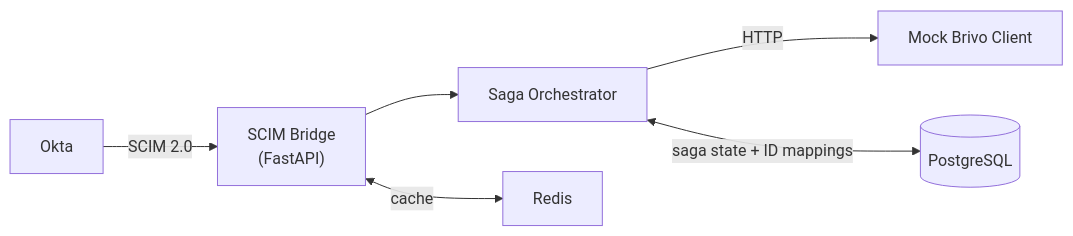
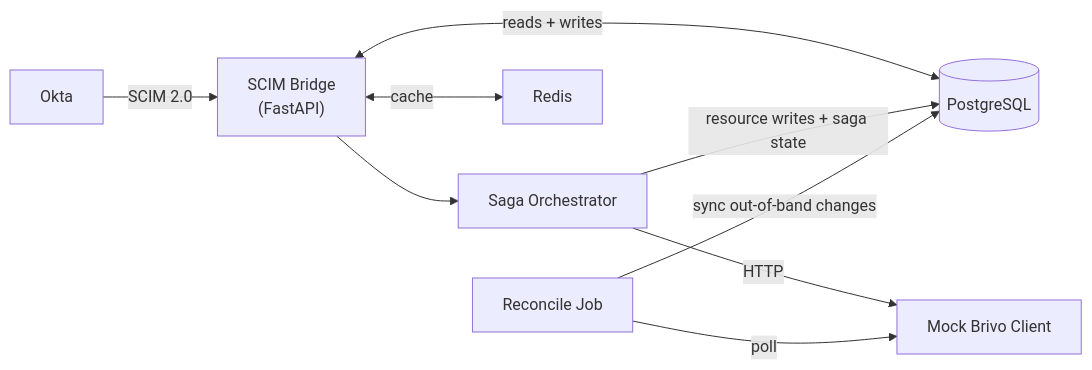
The diagram in docs/architecture.md (niconisoria/scim-bridge), drawn with Mermaid before and after one commit. The commit also changed other lines of this file and 4 other files, not shown here.

````diff
--- a/docs/architecture.md
+++ b/docs/architecture.md
@@ -8,8 +8,11 @@
 ```mermaid
 flowchart LR
     Okta -->|SCIM 2.0| Bridge["SCIM Bridge\n(FastAPI)"]
+    Bridge <-->|reads + writes| DB[(PostgreSQL)]
     Bridge --> Saga["Saga Orchestrator"]
     Saga -->|HTTP| Brivo["Mock Brivo Client"]
-    Saga <-->|saga state + ID mappings| DB[(PostgreSQL)]
+    Saga -->|resource writes + saga state| DB
     Bridge <-->|cache| Redis
+    Recon["Reconcile Job"] -->|poll| Brivo
+    Recon -->|sync out-of-band changes| DB
 ```
````
